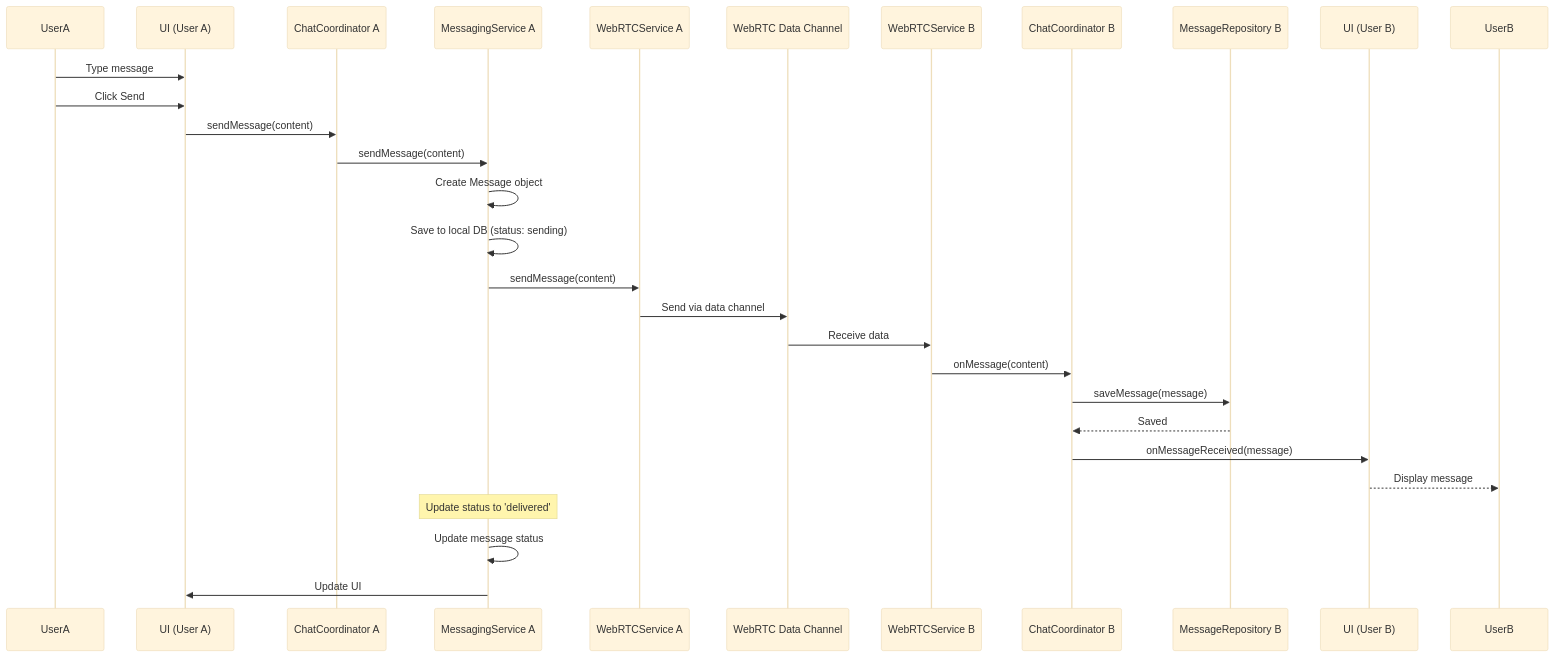
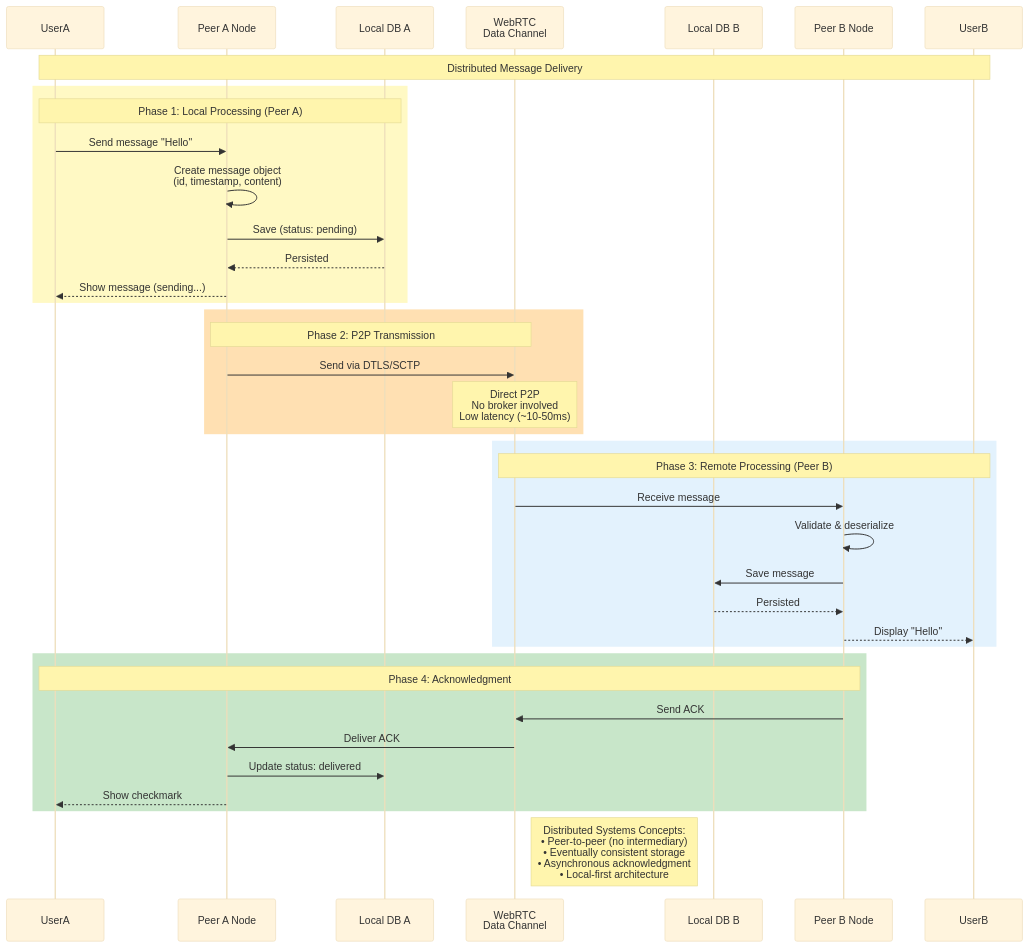
Before and after one commit to amr-kasem/distributed-systems-react-chat-peer: the fourth of 8 diagrams in docs/sequence-diagrams.md, drawn with Mermaid (base theme). The commit also changed other lines of this file and 7 other files, not shown here.

````diff
--- a/docs/sequence-diagrams.md
+++ b/docs/sequence-diagrams.md
@@ -126,33 +182,46 @@
 ```mermaid
 sequenceDiagram
     participant UserA
-    participant UI_A as UI (User A)
-    participant Coord_A as ChatCoordinator A
-    participant Msg_A as MessagingService A
-    participant WebRTC_A as WebRTCService A
-    participant DataChannel as WebRTC Data Channel
-    participant WebRTC_B as WebRTCService B
-    participant Coord_B as ChatCoordinator B
-    participant MsgRepo_B as MessageRepository B
-    participant UI_B as UI (User B)
+    participant NodeA as Peer A Node
+    participant StorageA as Local DB A
+    participant DataChannel as WebRTC<br/>Data Channel
+    participant StorageB as Local DB B
+    participant NodeB as Peer B Node
     participant UserB
     
-    UserA->>UI_A: Type message
-    UserA->>UI_A: Click Send
-    UI_A->>Coord_A: sendMessage(content)
-    Coord_A->>Msg_A: sendMessage(content)
-    Msg_A->>Msg_A: Create Message object
-    Msg_A->>Msg_A: Save to local DB (status: sending)
-    Msg_A->>WebRTC_A: sendMessage(content)
-    WebRTC_A->>DataChannel: Send via data channel
-    DataChannel->>WebRTC_B: Receive data
-    WebRTC_B->>Coord_B: onMessage(content)
-    Coord_B->>MsgRepo_B: saveMessage(message)
-    MsgRepo_B-->>Coord_B: Saved
-    Coord_B->>UI_B: onMessageReceived(message)
-    UI_B-->>UserB: Display message
+    Note over UserA,UserB: Distributed Message Delivery
     
-    Note over Msg_A: Update status to 'delivered'
-    Msg_A->>Msg_A: Update message status
-    Msg_A->>UI_A: Update UI
+    rect rgb(255, 249, 196)
+        Note over UserA,StorageA: Phase 1: Local Processing (Peer A)
+        UserA->>NodeA: Send message "Hello"
+        NodeA->>NodeA: Create message object<br/>(id, timestamp, content)
+        NodeA->>StorageA: Save (status: pending)
+        StorageA-->>NodeA: Persisted
+        NodeA-->>UserA: Show message (sending...)
+    end
+    
+    rect rgb(255, 224, 178)
+        Note over NodeA,DataChannel: Phase 2: P2P Transmission
+        NodeA->>DataChannel: Send via DTLS/SCTP
+        Note over DataChannel: Direct P2P<br/>No broker involved<br/>Low latency (~10-50ms)
+    end
+    
+    rect rgb(227, 242, 253)
+        Note over DataChannel,UserB: Phase 3: Remote Processing (Peer B)
+        DataChannel->>NodeB: Receive message
+        NodeB->>NodeB: Validate & deserialize
+        NodeB->>StorageB: Save message
+        StorageB-->>NodeB: Persisted
+        NodeB-->>UserB: Display "Hello"
+    end
+    
+    rect rgb(200, 230, 201)
+        Note over NodeB,UserA: Phase 4: Acknowledgment
+        NodeB->>DataChannel: Send ACK
+        DataChannel->>NodeA: Deliver ACK
+        NodeA->>StorageA: Update status: delivered
+        NodeA-->>UserA: Show checkmark
+    end
+    
+    Note right of DataChannel: Distributed Systems Concepts:<br/>• Peer-to-peer (no intermediary)<br/>• Eventually consistent storage<br/>• Asynchronous acknowledgment<br/>• Local-first architecture
 ```
````
